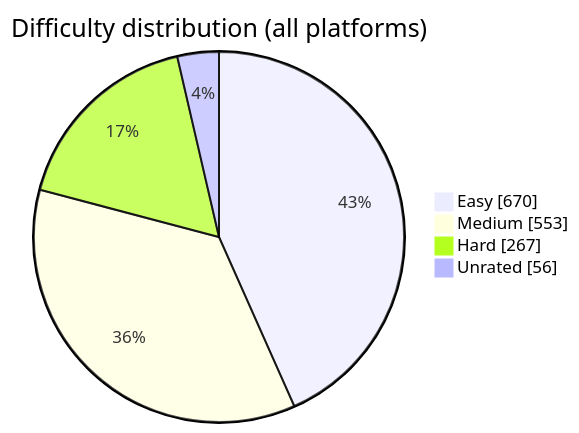
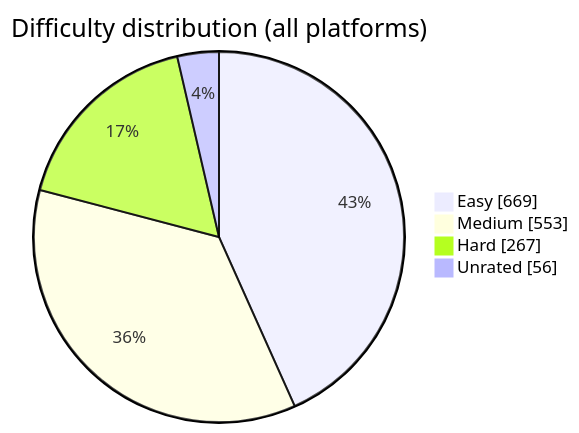
Before and after one commit to BuildbyArindam/Daily-Coding-Log: the diagram in README.md, drawn with Mermaid. The commit also changed other lines of this file, not shown here.

````diff
--- a/README.md
+++ b/README.md
@@ -93,7 +93,7 @@
 ```mermaid
 pie showData title Difficulty distribution (all platforms)
-    "Easy" : 670
+    "Easy" : 669
     "Medium" : 553
     "Hard" : 267
     "Unrated" : 56
 ```
````
